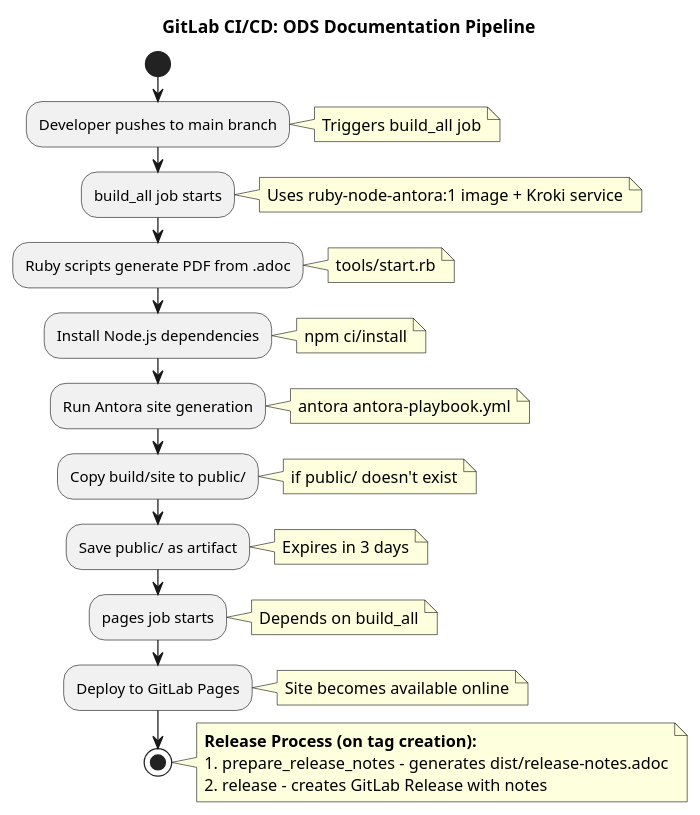
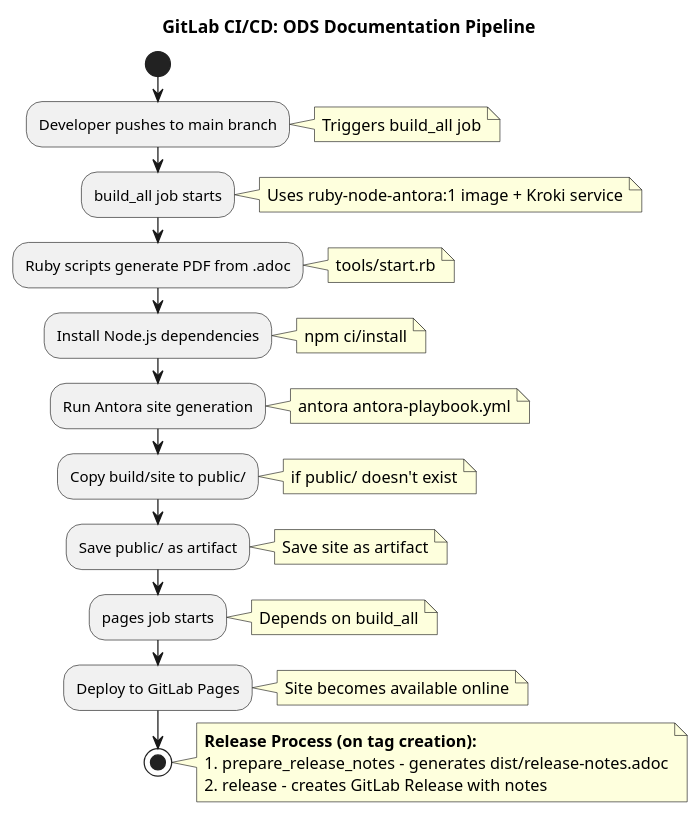
One commit to Vvvnik/ods-project changed the diagram in components/project-guide/modules/ROOT/examples/schema.puml. Above: the diagram before and after it, drawn with PlantUML. The commit also changed 13 other files, not shown here.

```diff
--- a/components/project-guide/modules/ROOT/examples/schema.puml
+++ b/components/project-guide/modules/ROOT/examples/schema.puml
@@ -1,40 +1,40 @@
 @startuml schema
 title GitLab CI/CD: ODS Documentation Pipeline
 
 start
 :Developer pushes to main branch;
 note right: Triggers build_all job
 
 :build_all job starts;
 note right: Uses ruby-node-antora:1 image + Kroki service
 
 :Ruby scripts generate PDF from .adoc;
 note right: tools/start.rb
 
 :Install Node.js dependencies;
 note right: npm ci/install
 
 :Run Antora site generation;
 note right: antora antora-playbook.yml
 
 :Copy build/site to public/;
 note right: if public/ doesn't exist
 
 :Save public/ as artifact;
-note right: Expires in 3 days
+note right: Save site as artifact
 
 :pages job starts;
 note right: Depends on build_all
 
 :Deploy to GitLab Pages;
 note right: Site becomes available online
 
 stop
 
 note right
 **Release Process (on tag creation):**
 1. prepare_release_notes - generates dist/release-notes.adoc
 2. release - creates GitLab Release with notes
 end note
 
 @enduml
```
